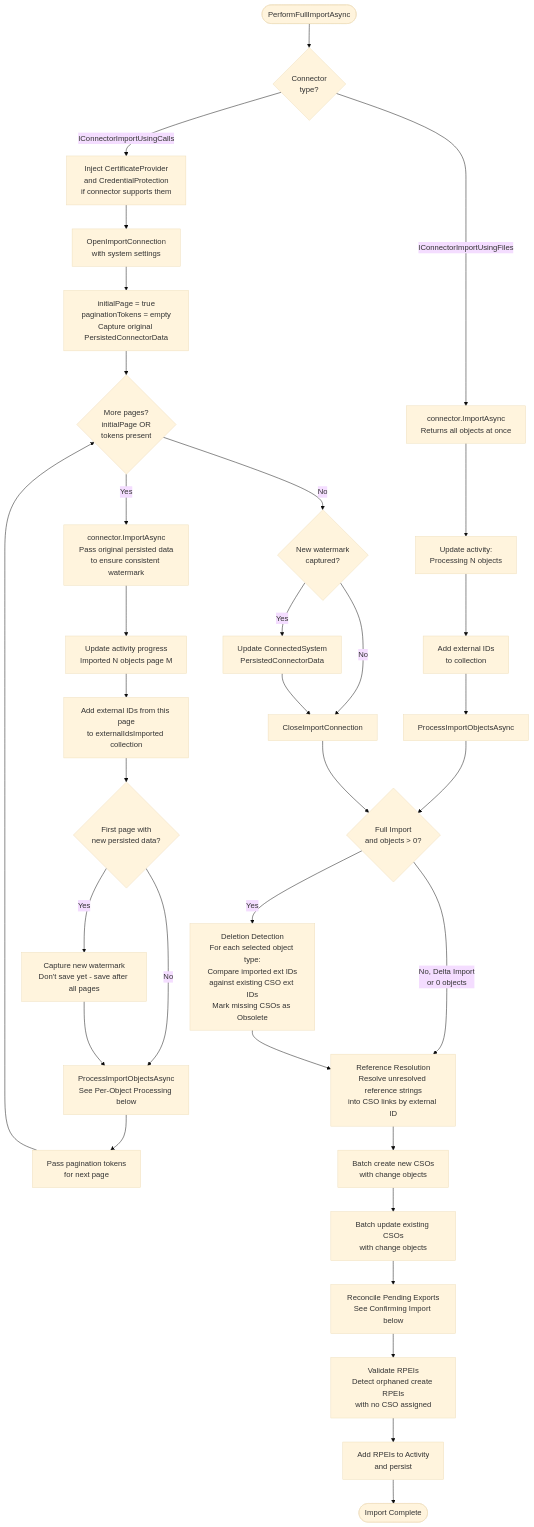
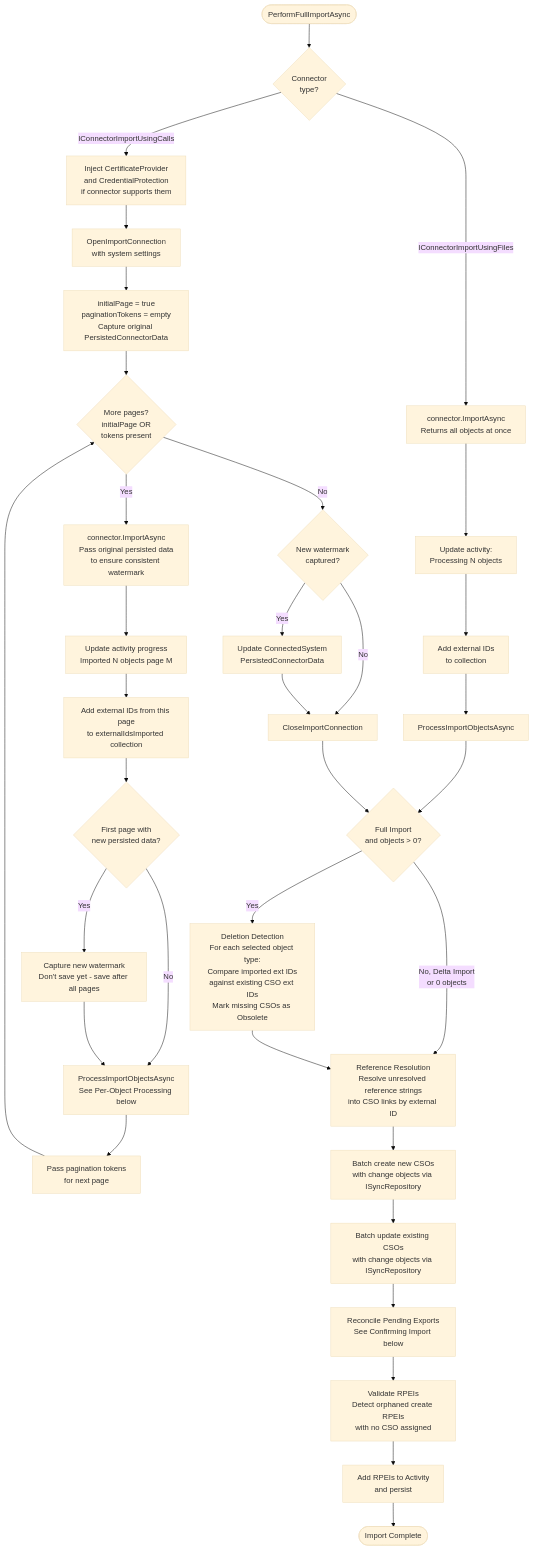
Before and after one commit to TetronIO/JIM: the first of 4 diagrams in docs/diagrams/mermaid/FULL_IMPORT_FLOW.md, drawn with Mermaid (base theme). The commit also changed other lines of this file and 40 other files, not shown here.

First line of the commit message:
docs: update C4 and Mermaid diagrams for v0.7.1 architecture

````diff
--- a/docs/diagrams/mermaid/FULL_IMPORT_FLOW.md
+++ b/docs/diagrams/mermaid/FULL_IMPORT_FLOW.md
@@ -9,50 +11,50 @@
 ```mermaid
 flowchart TD
     Start([PerformFullImportAsync]) --> ConnType{Connector<br/>type?}
 
     %% --- Call-based connector (e.g., LDAP) ---
     ConnType -->|IConnectorImportUsingCalls| InjectServices[Inject CertificateProvider<br/>and CredentialProtection<br/>if connector supports them]
     InjectServices --> OpenConn[OpenImportConnection<br/>with system settings]
     OpenConn --> InitPage[initialPage = true<br/>paginationTokens = empty<br/>Capture original PersistedConnectorData]
 
     InitPage --> PageLoop{More pages?<br/>initialPage OR<br/>tokens present}
     PageLoop -->|Yes| Import[connector.ImportAsync<br/>Pass original persisted data<br/>to ensure consistent watermark]
     Import --> UpdateProgress[Update activity progress<br/>Imported N objects page M]
     UpdateProgress --> CollectExtIds[Add external IDs from this page<br/>to externalIdsImported collection]
     CollectExtIds --> CaptureWatermark{First page with<br/>new persisted data?}
     CaptureWatermark -->|Yes| SaveWatermark[Capture new watermark<br/>Don't save yet - save after all pages]
     CaptureWatermark -->|No| ProcessPage
     SaveWatermark --> ProcessPage[ProcessImportObjectsAsync<br/>See Per-Object Processing below]
     ProcessPage --> PassTokens[Pass pagination tokens<br/>for next page]
     PassTokens --> PageLoop
 
     PageLoop -->|No| UpdatePersistedData{New watermark<br/>captured?}
     UpdatePersistedData -->|Yes| PersistWatermark[Update ConnectedSystem<br/>PersistedConnectorData]
     UpdatePersistedData -->|No| CloseConn
     PersistWatermark --> CloseConn[CloseImportConnection]
 
     %% --- File-based connector ---
     ConnType -->|IConnectorImportUsingFiles| FileImport[connector.ImportAsync<br/>Returns all objects at once]
     FileImport --> FileProgress[Update activity:<br/>Processing N objects]
     FileProgress --> FileCollect[Add external IDs<br/>to collection]
     FileCollect --> FileProcess[ProcessImportObjectsAsync]
     FileProcess --> PostImport
 
     CloseConn --> PostImport{Full Import<br/>and objects > 0?}
 
     %% --- Deletion detection ---
     PostImport -->|Yes| DeletionDetection[Deletion Detection<br/>For each selected object type:<br/>Compare imported ext IDs<br/>against existing CSO ext IDs<br/>Mark missing CSOs as Obsolete]
     PostImport -->|No, Delta Import<br/>or 0 objects| RefResolution
 
     DeletionDetection --> RefResolution[Reference Resolution<br/>Resolve unresolved reference strings<br/>into CSO links by external ID]
 
-    %% --- Persist ---
-    RefResolution --> PersistCreate[Batch create new CSOs<br/>with change objects]
-    PersistCreate --> PersistUpdate[Batch update existing CSOs<br/>with change objects]
+    %% --- Persist via ISyncRepository ---
+    RefResolution --> PersistCreate[Batch create new CSOs<br/>with change objects via ISyncRepository]
+    PersistCreate --> PersistUpdate[Batch update existing CSOs<br/>with change objects via ISyncRepository]
 
     %% --- Reconciliation ---
     PersistUpdate --> Reconcile[Reconcile Pending Exports<br/>See Confirming Import below]
     Reconcile --> ValidateRpeis[Validate RPEIs<br/>Detect orphaned create RPEIs<br/>with no CSO assigned]
     ValidateRpeis --> PersistRpeis[Add RPEIs to Activity<br/>and persist]
     PersistRpeis --> End([Import Complete])
 ```
````
